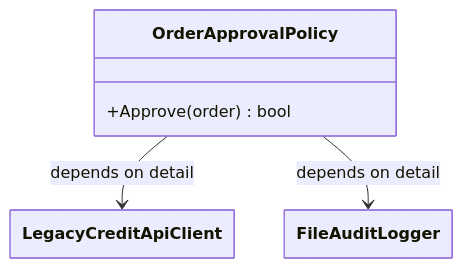
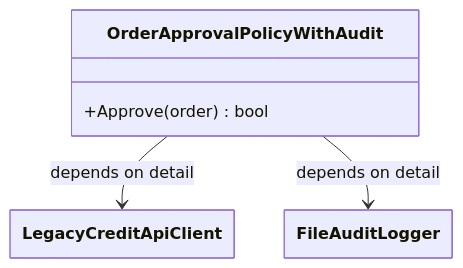
Before and after one commit to jeff-adkisson/swe-4743-spring-2026-oo-design: the fifth of 7 diagrams in presentations/09-dependency-inversion-principle.md, drawn with Mermaid. The commit also changed other lines of this file, not shown here.

````diff
--- a/presentations/09-dependency-inversion-principle.md
+++ b/presentations/09-dependency-inversion-principle.md
@@ -264,18 +267,18 @@
 ```mermaid
 ---
   config:
     class:
       hideEmptyMembersBox: true
 ---
 classDiagram
 direction TB
 
-class OrderApprovalPolicy {
+class OrderApprovalPolicyWithAudit {
   +Approve(order) bool
 }
 class LegacyCreditApiClient
 class FileAuditLogger
 
-OrderApprovalPolicy --> LegacyCreditApiClient : depends on detail
-OrderApprovalPolicy --> FileAuditLogger : depends on detail
+OrderApprovalPolicyWithAudit --> LegacyCreditApiClient : depends on detail
+OrderApprovalPolicyWithAudit --> FileAuditLogger : depends on detail
 ```
````
